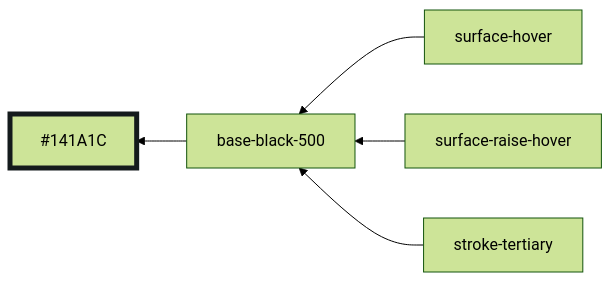
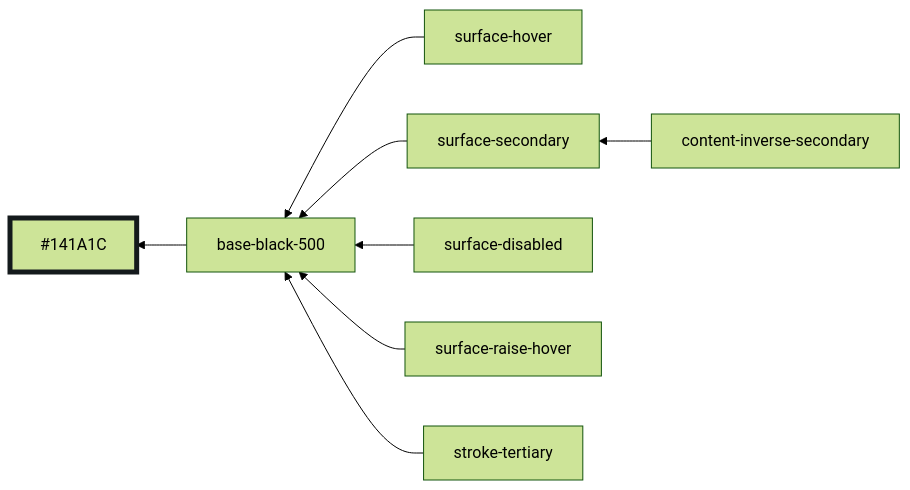
Before and after one commit to oxidecomputer/console: diagram 27 of 30 in libs/ui/styles/themes/operator-mode.md, drawn with Mermaid (forest theme). The commit also changed other lines of this file and 4 other files, not shown here.

````diff
--- a/libs/ui/styles/themes/operator-mode.md
+++ b/libs/ui/styles/themes/operator-mode.md
@@ -342,9 +341,12 @@
 ```mermaid
 graph RL
   base-black-500 --> #141A1C:::base-black-500
   surface-hover --> base-black-500
+  surface-secondary --> base-black-500
+  surface-disabled --> base-black-500
   surface-raise-hover --> base-black-500
+  content-inverse-secondary --> surface-secondary
   stroke-tertiary --> base-black-500
 
   classDef base-black-500 stroke-width:5,stroke:#141A1C
 ```
````
